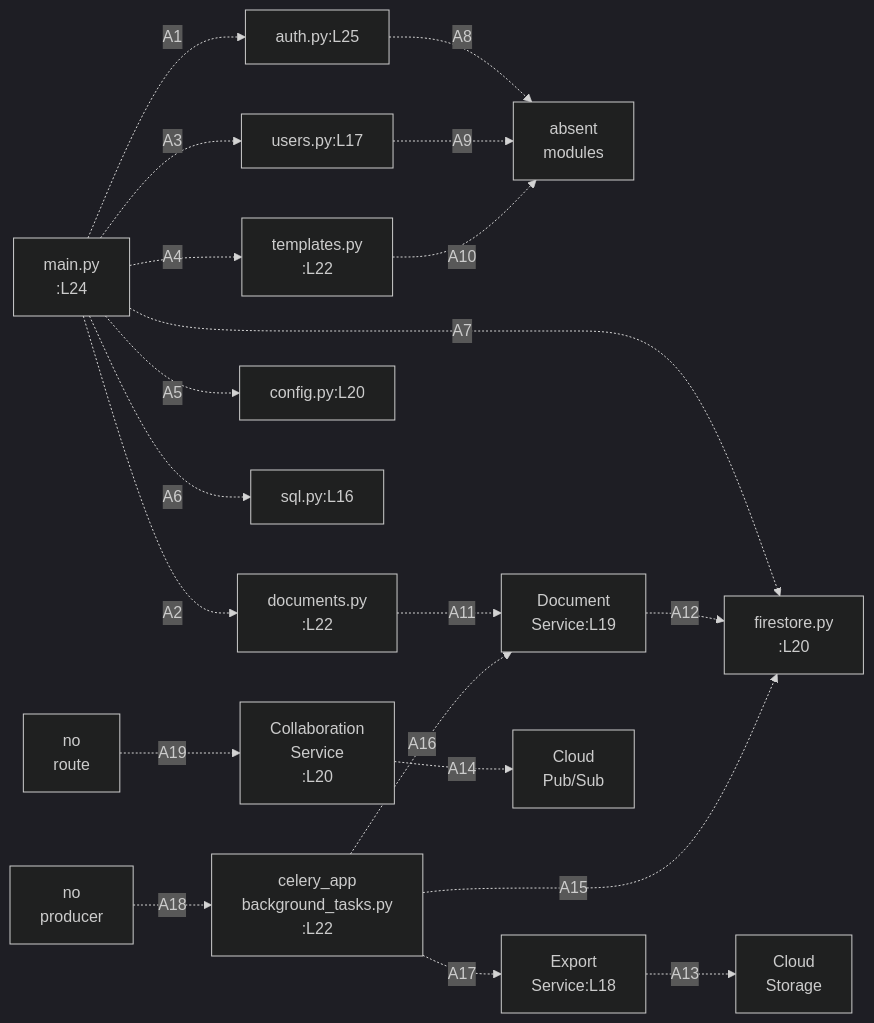
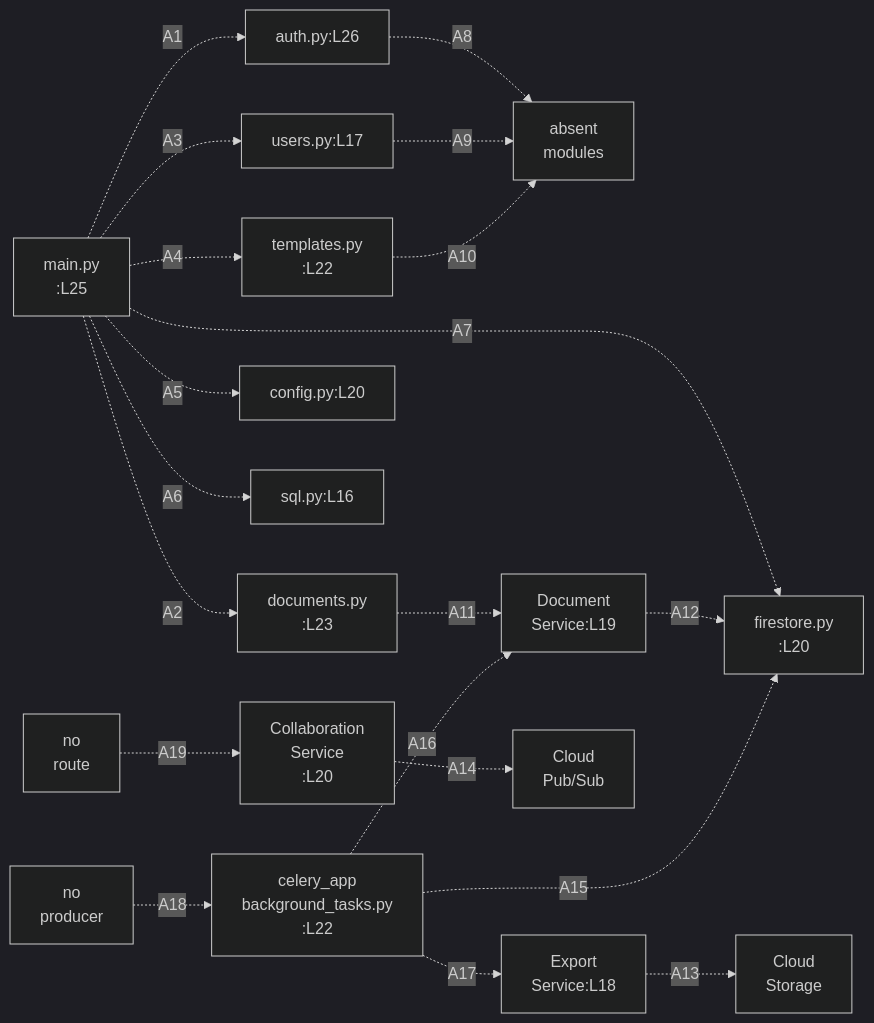
Before and after one commit to blitzy-public-samples/microsoft-word-u33ko0: the diagram in backend/app/README.md, drawn with Mermaid (dark theme). The commit also changed other lines of this file and 47 other files, not shown here.

````diff
--- a/backend/app/README.md
+++ b/backend/app/README.md
@@ -188,48 +188,48 @@
 ```mermaid
 graph LR
     accTitle: The composition root, the four routers, the services and the adapters
-    accDescr: Every edge is dashed because the package import fails at api/auth.py:L19, so no route registers and no client is constructed. Each node names its file and line, and every edge carries a key resolved in the table below the diagram.
-    MAIN["main.py<br/>:L24"]
+    accDescr: Every edge is dashed because the package import fails at api/auth.py:L20, so no route registers and no client is constructed. Each node names its file and line, and every edge carries a key resolved in the table below the diagram.
+    MAIN["main.py<br/>:L25"]
     NOPROD["no<br/>producer"]
     NOROUTE["no<br/>route"]
 
-    AUTH["auth.py:L25"]
-    DOCS["documents.py<br/>:L22"]
+    AUTH["auth.py:L26"]
+    DOCS["documents.py<br/>:L23"]
     USERS["users.py:L17"]
     TMPL["templates.py<br/>:L22"]
     CFG["config.py:L20"]
     SQL["sql.py:L16"]
     TASKS["celery_app<br/>background_tasks.py<br/>:L22"]
     CSVC["Collaboration<br/>Service<br/>:L20"]
 
     ABSENT["absent<br/>modules"]
     DSVC["Document<br/>Service:L19"]
     ESVC["Export<br/>Service:L18"]
 
     FS["firestore.py<br/>:L20"]
     STORE["Cloud<br/>Storage"]
     PUBSUB["Cloud<br/>Pub/Sub"]
 
     MAIN -.->|"A1"| AUTH
     MAIN -.->|"A2"| DOCS
     MAIN -.->|"A3"| USERS
     MAIN -.->|"A4"| TMPL
     MAIN -.->|"A5"| CFG
     MAIN -.->|"A6"| SQL
     MAIN -.->|"A7"| FS
     AUTH -.->|"A8"| ABSENT
     USERS -.->|"A9"| ABSENT
     TMPL -.->|"A10"| ABSENT
     DOCS -.->|"A11"| DSVC
     DSVC -.->|"A12"| FS
     ESVC -.->|"A13"| STORE
     CSVC -.->|"A14"| PUBSUB
     TASKS -.->|"A15"| FS
     TASKS -.->|"A16"| DSVC
     TASKS -.->|"A17"| ESVC
     NOPROD -.->|"A18"| TASKS
     NOROUTE -.->|"A19"| CSVC
 
-%% Every edge above is dashed: package import fails at api/auth.py:L19, so no route
+%% Every edge above is dashed: package import fails at api/auth.py:L20, so no route
 %% registers, no client is ever constructed, and nothing downstream executes.
 ```
````
